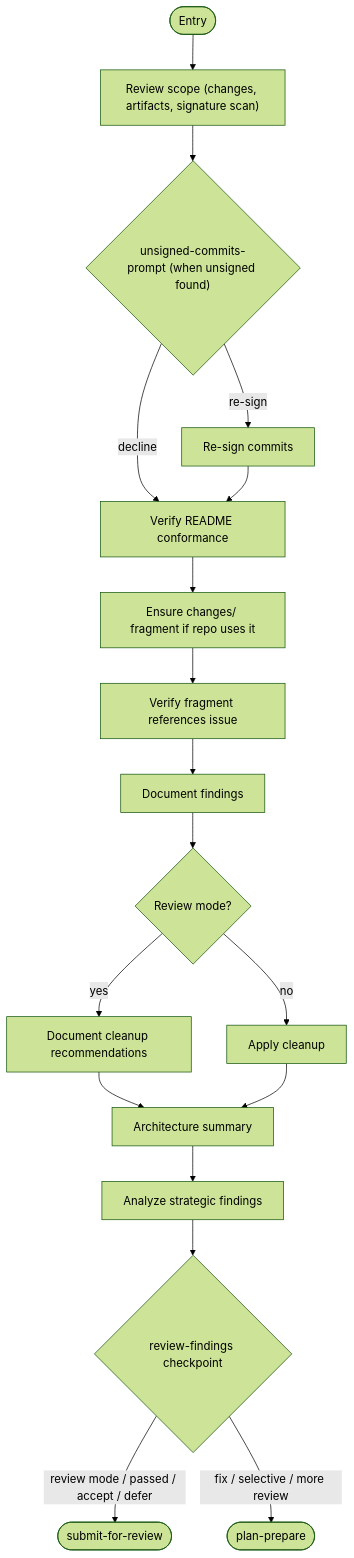
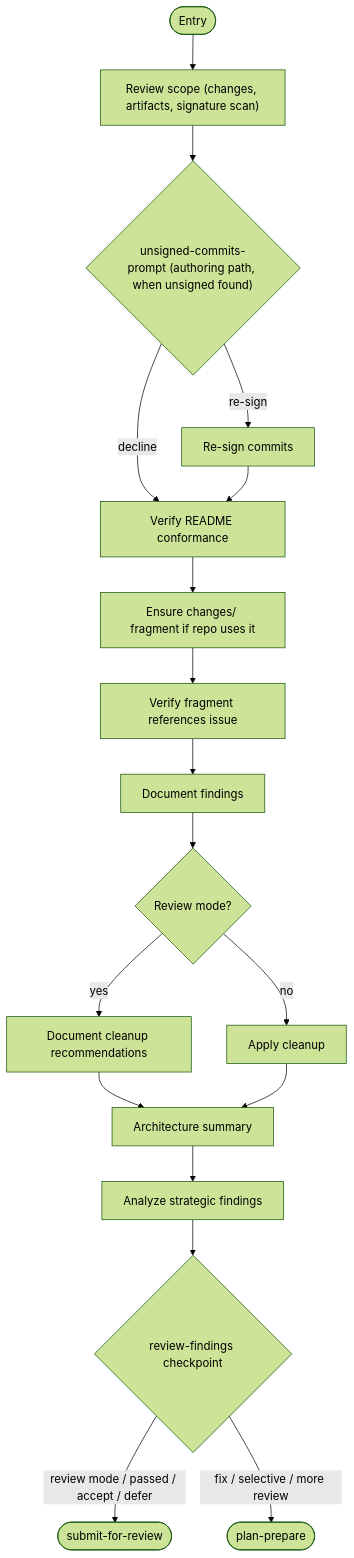
Diagram 13 of 15 in work-package/activities/README.md (m2ux/workflow-server), drawn with Mermaid (forest theme) before and after one commit. The commit also changed other lines of this file and 49 other files, not shown here.

````diff
--- a/work-package/activities/README.md
+++ b/work-package/activities/README.md
@@ -383,20 +383,20 @@
 ```mermaid
 graph TD
     entryNode(["Entry"]) --> reviewScope["Review scope (changes, artifacts, signature scan)"]
-    reviewScope --> cpUnsigned{"unsigned-commits-prompt (when unsigned found)"}
+    reviewScope --> cpUnsigned{"unsigned-commits-prompt (authoring path, when unsigned found)"}
     cpUnsigned -->|"re-sign"| resign["Re-sign commits"]
     cpUnsigned -->|"decline"| verifyReadme
     resign --> verifyReadme["Verify README conformance"]
     verifyReadme --> changesFrag["Ensure changes/ fragment if repo uses it"]
     changesFrag --> verifyFragment["Verify fragment references issue"]
     verifyFragment --> documentFindings["Document findings"]
     documentFindings --> cleanupBranch{"Review mode?"}
     cleanupBranch -->|"yes"| docCleanup["Document cleanup recommendations"]
     cleanupBranch -->|"no"| applyCleanup["Apply cleanup"]
     docCleanup --> createArchSummary
     applyCleanup --> createArchSummary["Architecture summary"]
     createArchSummary --> analyze["Analyze strategic findings"]
     analyze --> cpFindings{"review-findings checkpoint"}
     cpFindings -->|"review mode / passed / accept / defer"| exitSubmit(["submit-for-review"])
     cpFindings -->|"fix / selective / more review"| exitPlan(["plan-prepare"])
 ```
````
